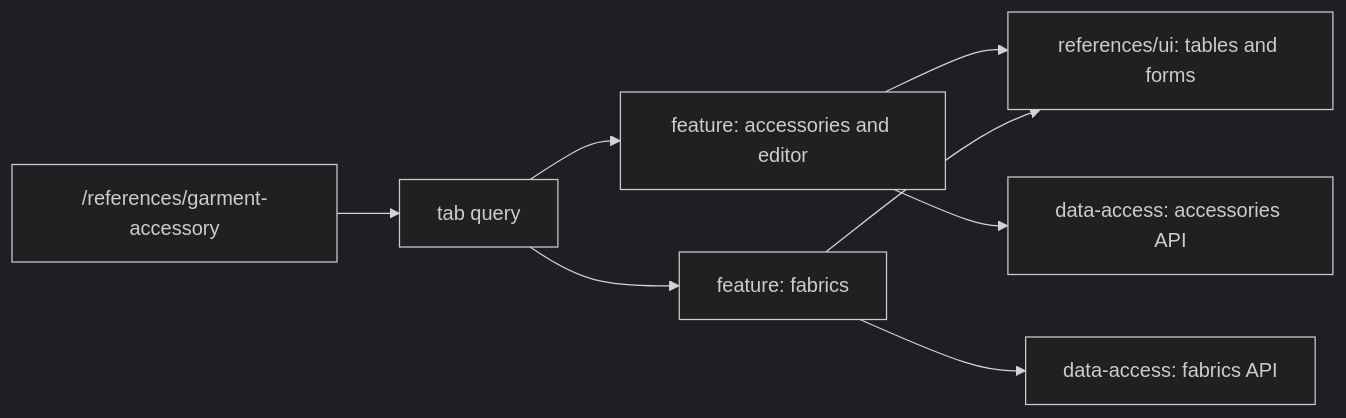
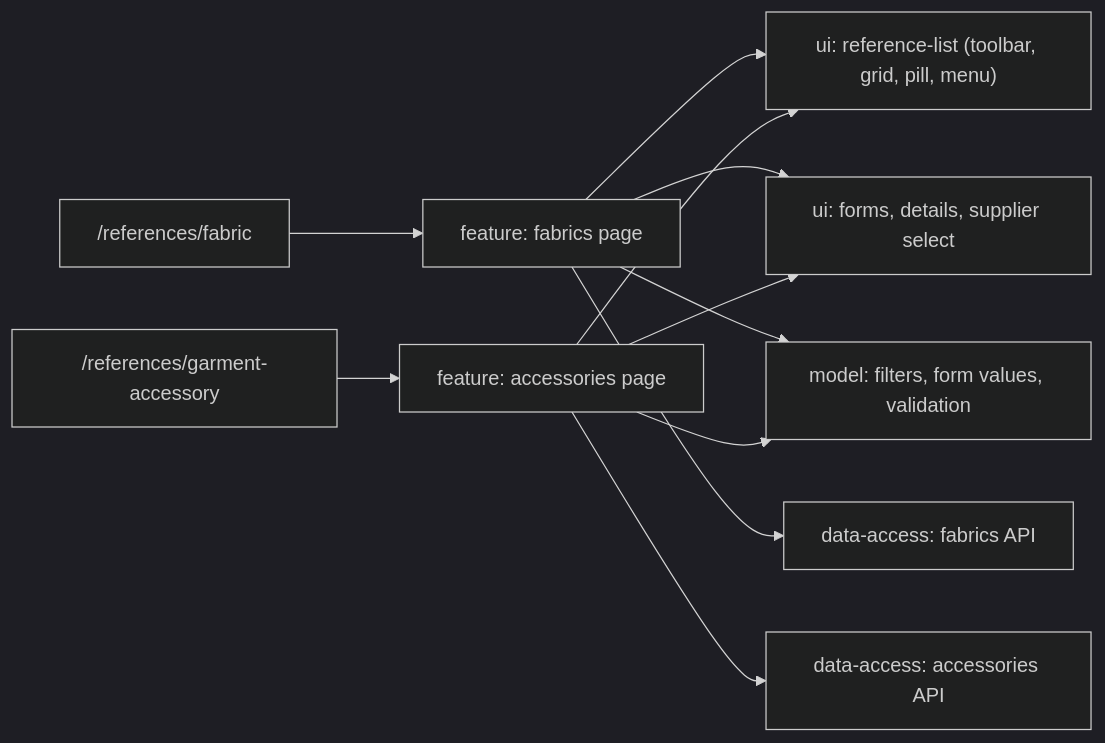
Before and after one commit to Weretik/brevi-web: the diagram in docs/features/admin/references/materials.md, drawn with Mermaid (dark theme). The commit also changed other lines of this file and 61 other files, not shown here.

First line of the commit message:
feat(admin/references): separate «Цех» pages for fabrics and accessories with sheet fields

````diff
--- a/docs/features/admin/references/materials.md
+++ b/docs/features/admin/references/materials.md
@@ -14,10 +16,13 @@
 ```mermaid
 flowchart LR
-  Route["/references/garment-accessory"] --> Tabs["tab query"]
-  Tabs --> Accessories["feature: accessories and editor"]
-  Tabs --> Fabrics["feature: fabrics"]
-  Accessories --> UI["references/ui: tables and forms"]
-  Fabrics --> UI
-  Accessories --> AccessoriesAPI["data-access: accessories API"]
-  Fabrics --> FabricsAPI["data-access: fabrics API"]
+  FabricRoute["/references/fabric"] --> FabricsPage["feature: fabrics page"]
+  AccessoryRoute["/references/garment-accessory"] --> AccessoriesPage["feature: accessories page"]
+  FabricsPage --> List["ui: reference-list (toolbar, grid, pill, menu)"]
+  AccessoriesPage --> List
+  FabricsPage --> Forms["ui: forms, details, supplier select"]
+  AccessoriesPage --> Forms
+  FabricsPage --> Model["model: filters, form values, validation"]
+  AccessoriesPage --> Model
+  FabricsPage --> FabricsAPI["data-access: fabrics API"]
+  AccessoriesPage --> AccessoriesAPI["data-access: accessories API"]
 ```
````
